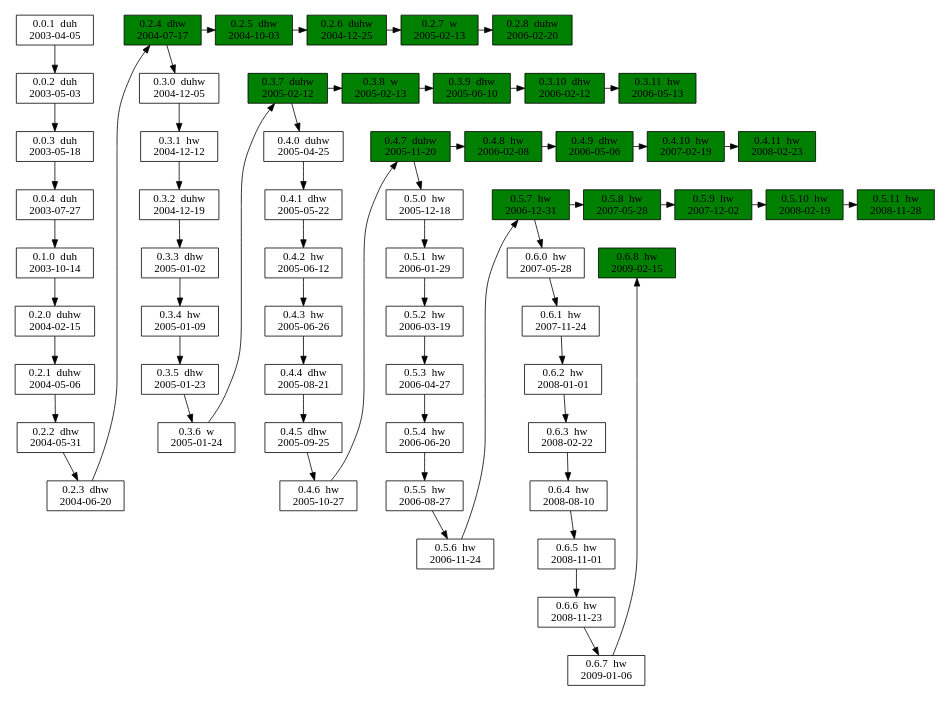
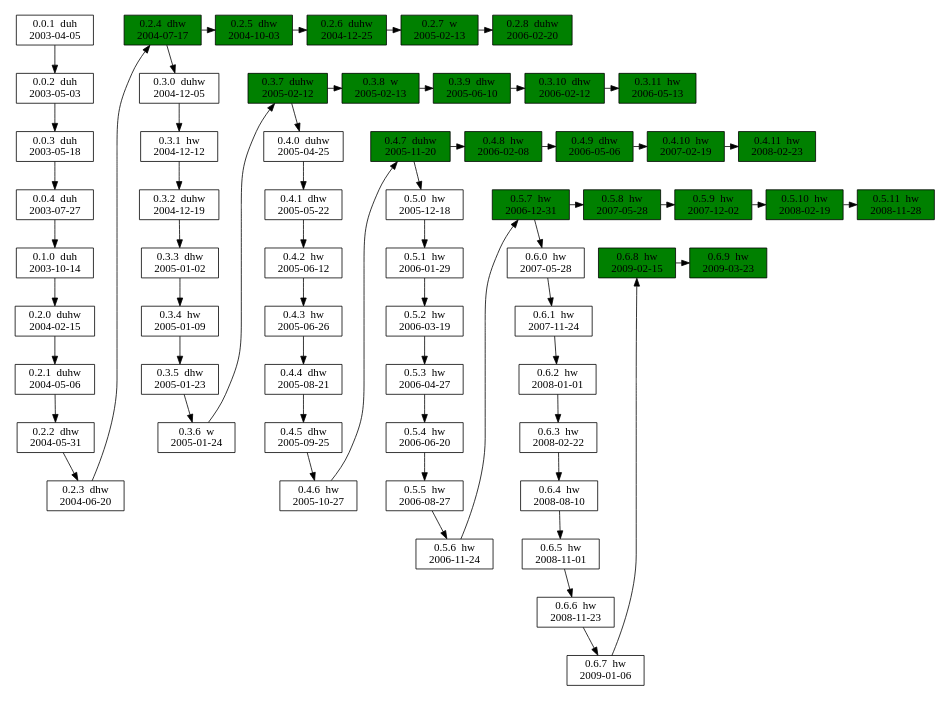
One commit to vanhoefm/krackattacks-scripts changed the diagram in www/versions.dot. Above: the diagram before and after it, drawn with Graphviz. The commit also changed 3 other files, not shown here.

```diff
--- a/www/versions.dot
+++ b/www/versions.dot
@@ -1,103 +1,106 @@
 digraph versions {
 	size="10,6"
 #	rankdir=LR
 
 # development releases
 
 	node [shape=box]
 	v001 [label="0.0.1  duh\n2003-04-05"]
 	v002 [label="0.0.2  duh\n2003-05-03"]
 	v003 [label="0.0.3  duh\n2003-05-18"]
 	v004 [label="0.0.4  duh\n2003-07-27"]
 	v010 [label="0.1.0  duh\n2003-10-14"]
 	v020 [label="0.2.0  duhw\n2004-02-15"]
 	v021 [label="0.2.1  duhw\n2004-05-06"]
 	v022 [label="0.2.2  dhw\n2004-05-31"]
 	v023 [label="0.2.3  dhw\n2004-06-20"]
 	v030 [label="0.3.0  duhw\n2004-12-05"]
 	v031 [label="0.3.1  hw\n2004-12-12"]
 	v032 [label="0.3.2  duhw\n2004-12-19"]
 	v033 [label="0.3.3  dhw\n2005-01-02"]
 	v034 [label="0.3.4  hw\n2005-01-09"]
 	v035 [label="0.3.5  dhw\n2005-01-23"]
 	v036 [label="0.3.6  w\n2005-01-24"]
 
 	v040 [label="0.4.0  duhw\n2005-04-25"]
 	v041 [label="0.4.1  dhw\n2005-05-22"]
 	v042 [label="0.4.2  hw\n2005-06-12"]
 	v043 [label="0.4.3  hw\n2005-06-26"]
 	v044 [label="0.4.4  dhw\n2005-08-21"]
 	v045 [label="0.4.5  dhw\n2005-09-25"]
 	v046 [label="0.4.6  hw\n2005-10-27"]
 	v050 [label="0.5.0  hw\n2005-12-18"]
 	v051 [label="0.5.1  hw\n2006-01-29"]
 	v052 [label="0.5.2  hw\n2006-03-19"]
 	v053 [label="0.5.3  hw\n2006-04-27"]
 	v054 [label="0.5.4  hw\n2006-06-20"]
 	v055 [label="0.5.5  hw\n2006-08-27"]
 	v056 [label="0.5.6  hw\n2006-11-24"]
 	v060 [label="0.6.0  hw\n2007-05-28"]
 	v061 [label="0.6.1  hw\n2007-11-24"]
 	v062 [label="0.6.2  hw\n2008-01-01"]
 	v063 [label="0.6.3  hw\n2008-02-22"]
 	v064 [label="0.6.4  hw\n2008-08-10"]
 	v065 [label="0.6.5  hw\n2008-11-01"]
 	v066 [label="0.6.6  hw\n2008-11-23"]
 	v067 [label="0.6.7  hw\n2009-01-06"]
 
 # stable releases
 
 	node [fillcolor=green style=filled]
 	v024 [label="0.2.4  dhw\n2004-07-17"]
 	v025 [label="0.2.5  dhw\n2004-10-03"]
 	v026 [label="0.2.6  duhw\n2004-12-25"]
 	v027 [label="0.2.7  w\n2005-02-13"]
 	v028 [label="0.2.8  duhw\n2006-02-20"]
 	v037 [label="0.3.7  duhw\n2005-02-12"]
 	v038 [label="0.3.8  w\n2005-02-13"]
 	v039 [label="0.3.9  dhw\n2005-06-10"]
 	v0310 [label="0.3.10  dhw\n2006-02-12"]
 	v0311 [label="0.3.11  hw\n2006-05-13"]
 	v047 [label="0.4.7  duhw\n2005-11-20"]
 	v048 [label="0.4.8  hw\n2006-02-08"]
 	v049 [label="0.4.9  dhw\n2006-05-06"]
 	v0410 [label="0.4.10  hw\n2007-02-19"]
 	v0411 [label="0.4.11  hw\n2008-02-23"]
 	v057 [label="0.5.7  hw\n2006-12-31"]
 	v058 [label="0.5.8  hw\n2007-05-28"]
 	v059 [label="0.5.9  hw\n2007-12-02"]
 	v0510 [label="0.5.10  hw\n2008-02-19"]
 	v0511 [label="0.5.11  hw\n2008-11-28"]
 	v068 [label="0.6.8  hw\n2009-02-15"]
+	v069 [label="0.6.9  hw\n2009-03-23"]
 
 # development releases
 
 	v001 -> v002 -> v003 -> v004
 	v004 -> v010 -> v020 -> v021 -> v022 -> v023 -> v024
 	v024 -> v030 -> v031 -> v032 -> v033 -> v034 -> v035 -> v036 -> v037
 	v037 -> v040 -> v041 -> v042 -> v043 -> v044 -> v045 -> v046 -> v047
 	v047 -> v050 -> v051 -> v052 -> v053 -> v054 -> v055 -> v056 -> v057
 	v057 -> v060 -> v061 -> v062 -> v063 -> v064 -> v065 -> v066 -> v067 -> v068
 
 	{rank=same; v001 v024}
 	{rank=same; v030 v037}
 	{rank=same; v040 v047}
 	{rank=same; v050 v057}
 	{rank=same; v060 v068}
 
 # stable releases
 
 	v024 -> v025 -> v026 -> v027 -> v028
 	v037 -> v038 -> v039 -> v0310 -> v0311
 	v047 -> v048 -> v049 -> v0410 -> v0411
 	v057 -> v058 -> v059 -> v0510 -> v0511
+	v068 -> v069
 
 	{rank=same; v024 v025 v026 v027 v028}
 	{rank=same; v037 v038 v039 v0310 v0311}
 	{rank=same; v047 v048 v049 v0410 v0411}
 	{rank=same; v057 v058 v059 v0510 v0511}
+	{rank=same; v068 v069}
 
 #	edge [style=dashed,color=red]
 #	v030 -> v036
 
 }
```
